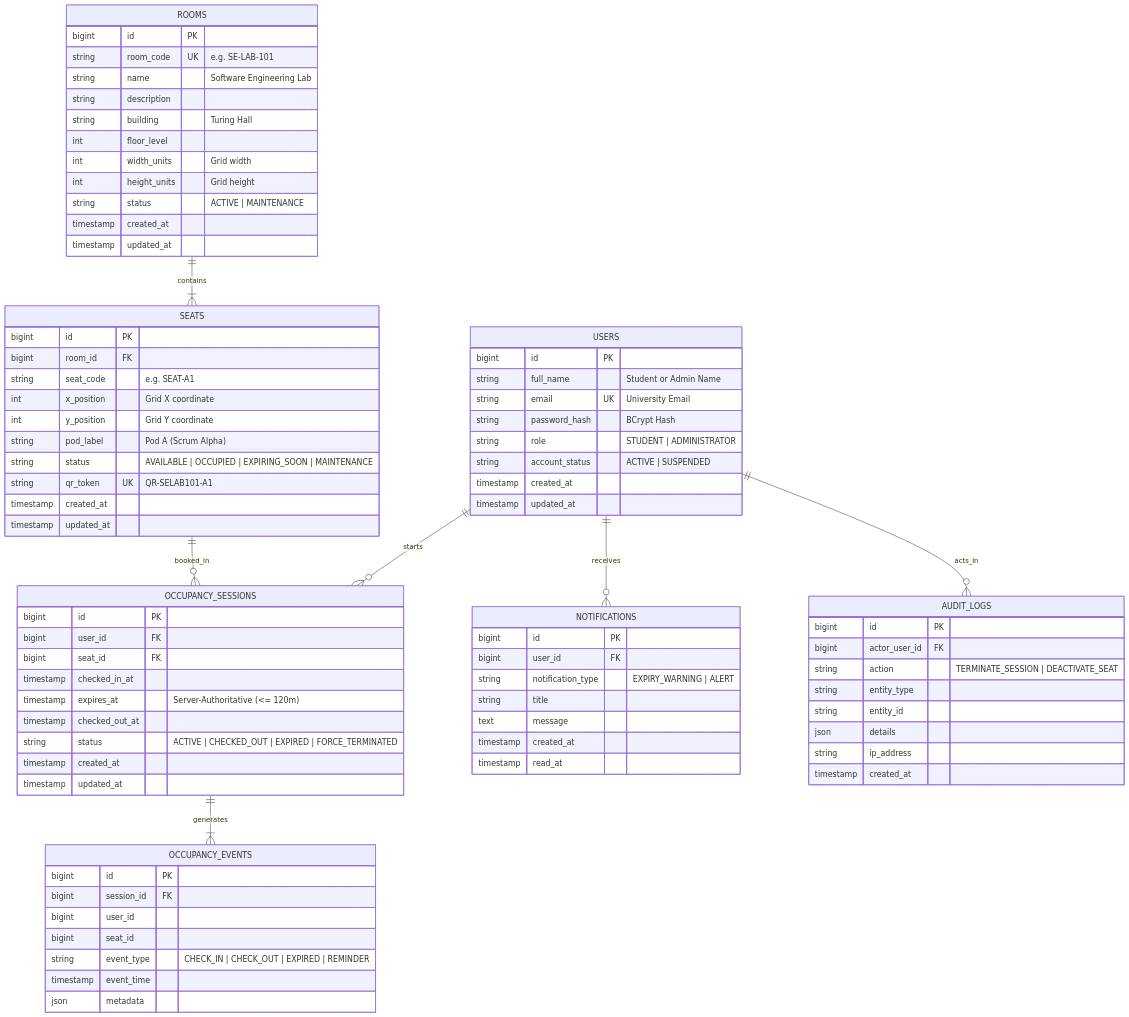
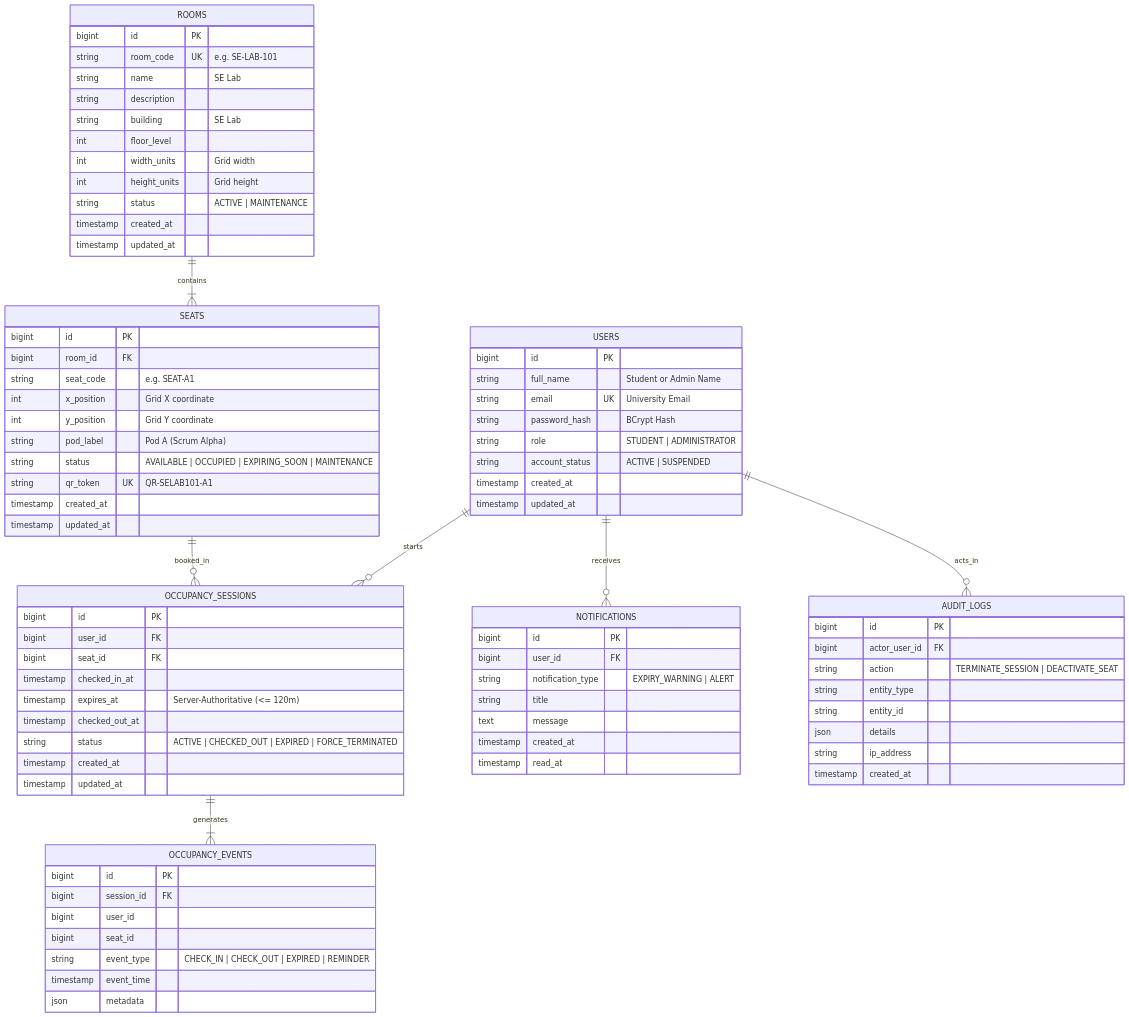
The diagram in doc/database-erd.md (occupancy-room-system/ors-project), drawn with Mermaid before and after one commit. The commit also changed 17 other files, not shown here.

```diff
--- a/doc/database-erd.md
+++ b/doc/database-erd.md
@@ -25,9 +25,9 @@
     ROOMS {
         bigint id PK
         string room_code UK "e.g. SE-LAB-101"
-        string name "Software Engineering Lab"
+        string name "SE Lab"
         string description
-        string building "Turing Hall"
+        string building "SE Lab"
         int floor_level
         int width_units "Grid width"
         int height_units "Grid height"
```
